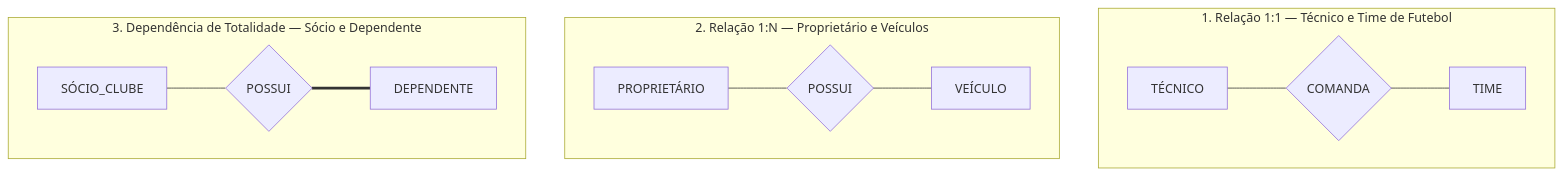
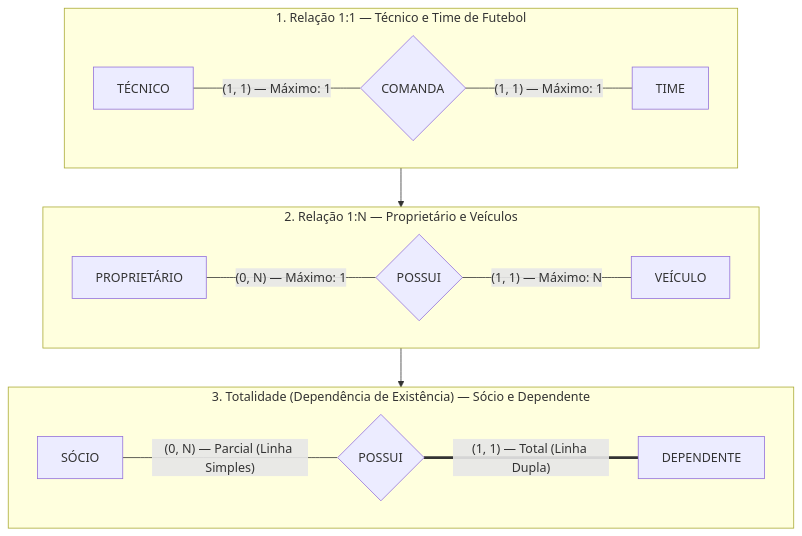
The first of 7 diagrams in 02. Modelagem de Dados/06. Modelagem de relacionamentos, cardinalidade e restrições de participação.md (leorruas/puc), drawn with Mermaid before and after one commit. The commit also changed other lines of this file, not shown here.

````diff
--- a/02. Modelagem de Dados/06. Modelagem de relacionamentos, cardinalidade e restrições de participação.md
+++ b/02. Modelagem de Dados/06. Modelagem de relacionamentos, cardinalidade e restrições de participação.md
@@ -44,14 +44,19 @@
 ```mermaid
 flowchart TD
     subgraph Subgraph1Para1["1. Relação 1:1 — Técnico e Time de Futebol"]
-        Tec["TÉCNICO"] --- RelTec{"COMANDA"} --- Time["TIME"]
+        Tec["TÉCNICO"] ---|"(1, 1) — Máximo: 1"| RelTec{"COMANDA"}
+        RelTec ---|"(1, 1) — Máximo: 1"| Time["TIME"]
     end
 
     subgraph Subgraph1ParaN["2. Relação 1:N — Proprietário e Veículos"]
-        Prop["PROPRIETÁRIO"] --- RelProp{"POSSUI"} --- Veic["VEÍCULO"]
+        Prop["PROPRIETÁRIO"] ---|"(0, N) — Máximo: 1"| RelProp{"POSSUI"}
+        RelProp ---|"(1, 1) — Máximo: N"| Veic["VEÍCULO"]
     end
 
-    subgraph SubgraphTotalidade["3. Dependência de Totalidade — Sócio e Dependente"]
-        Socio["SÓCIO_CLUBE"] --- RelDep{"POSSUI"} === Dep["DEPENDENTE"]
+    subgraph SubgraphTotalidade["3. Totalidade (Dependência de Existência) — Sócio e Dependente"]
+        Socio["SÓCIO"] ---|"(0, N) — Parcial (Linha Simples)"| RelDep{"POSSUI"}
+        RelDep ===|"(1, 1) — Total (Linha Dupla)"| Dep["DEPENDENTE"]
     end
+
+    Subgraph1Para1 --> Subgraph1ParaN --> SubgraphTotalidade
 ```
````
